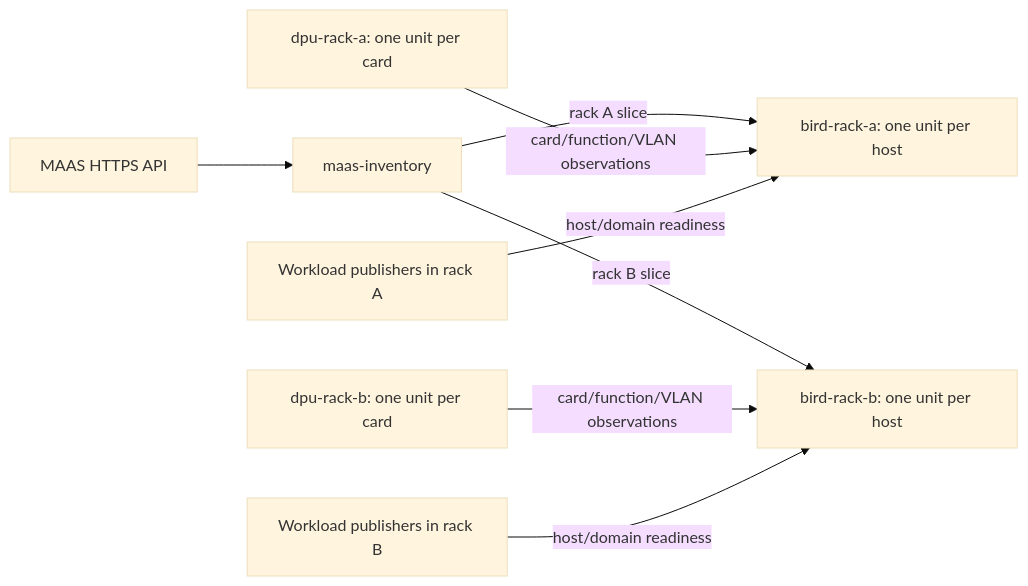
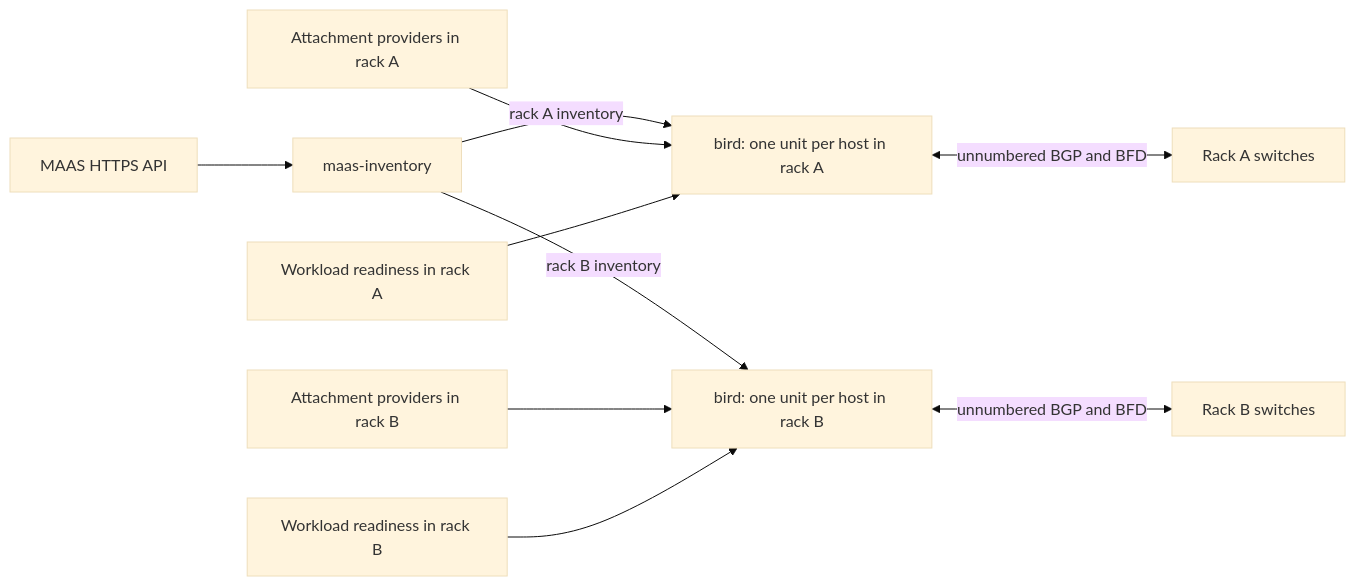
One commit to gboutry/bird-maas changed the diagram in README.md. Above: the diagram before and after it, drawn with Mermaid (base theme). The commit also changed other lines of this file and 9 other files, not shown here.

````diff
--- a/README.md
+++ b/README.md
@@ -12,10 +30,12 @@
 ```mermaid
 flowchart LR
     MAAS[MAAS HTTPS API] --> INV[maas-inventory]
-    INV -->|rack A slice| A[bird-rack-a: one unit per host]
-    INV -->|rack B slice| B[bird-rack-b: one unit per host]
-    DA[dpu-rack-a: one unit per card] -->|card/function/VLAN observations| A
-    DB[dpu-rack-b: one unit per card] -->|card/function/VLAN observations| B
-    WA[Workload publishers in rack A] -->|host/domain readiness| A
-    WB[Workload publishers in rack B] -->|host/domain readiness| B
+    INV -->|rack A inventory| A[bird: one unit per host in rack A]
+    INV -->|rack B inventory| B[bird: one unit per host in rack B]
+    DA[Attachment providers in rack A] --> A
+    DB[Attachment providers in rack B] --> B
+    WA[Workload readiness in rack A] --> A
+    WB[Workload readiness in rack B] --> B
+    A <-->|unnumbered BGP and BFD| TA[Rack A switches]
+    B <-->|unnumbered BGP and BFD| TB[Rack B switches]
 ```
````
